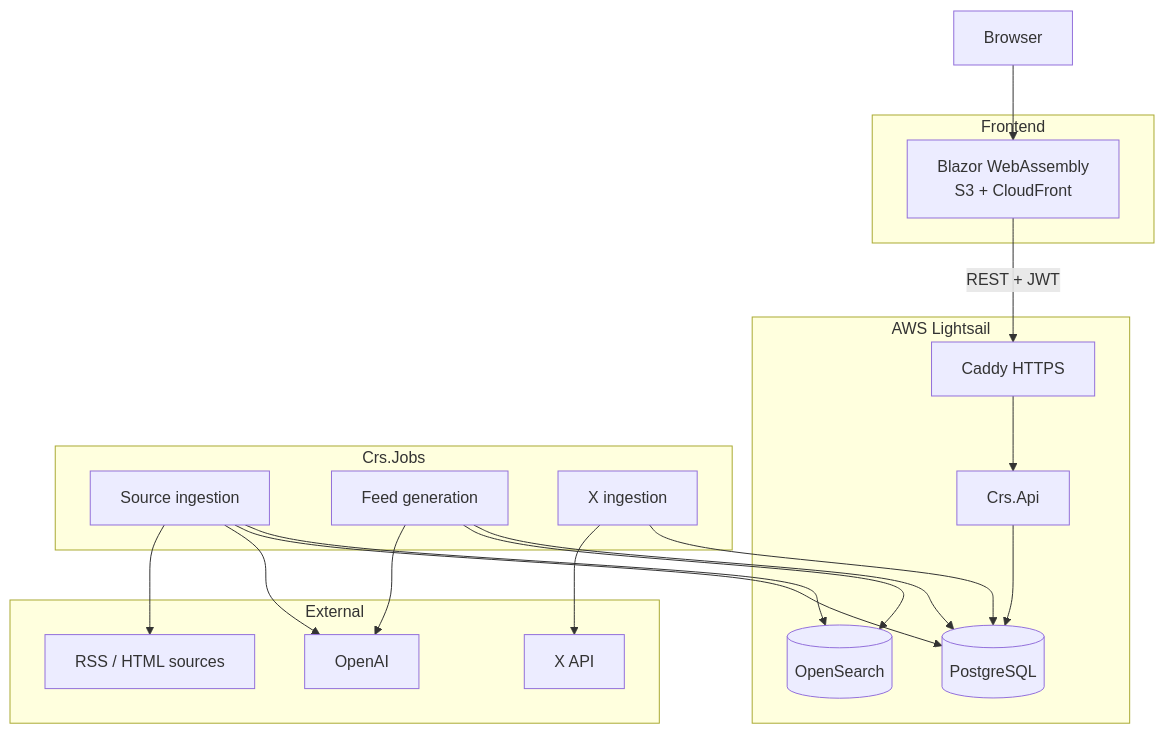
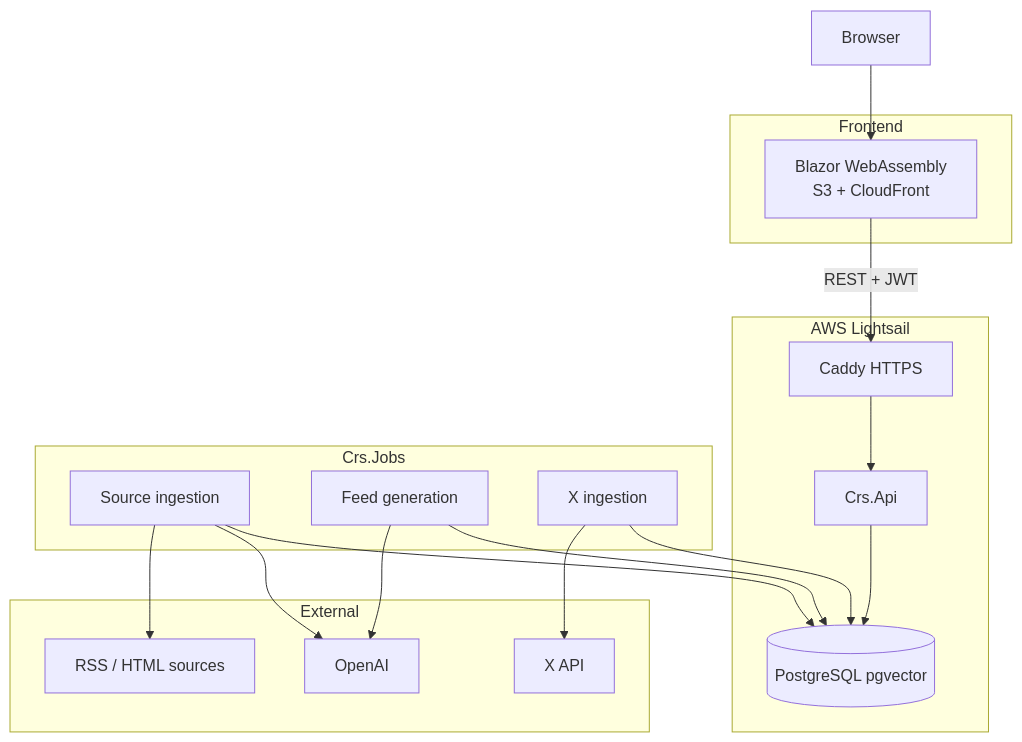
The diagram in README.md (PayaamEmami/content-recommendation-system), drawn with Mermaid before and after one commit. The commit also changed other lines of this file and 41 other files, not shown here.

First line of the commit message:
refactor: transition from OpenSearch to PostgreSQL pgvector for vector search

````diff
--- a/README.md
+++ b/README.md
@@ -29,44 +29,41 @@
 ```mermaid
 flowchart TB
   browser[Browser]
 
   subgraph frontend [Frontend]
     web["Blazor WebAssembly<br/>S3 + CloudFront"]
   end
 
   subgraph lightsail [AWS Lightsail]
     caddy[Caddy HTTPS]
     api["Crs.Api"]
-    pg[(PostgreSQL)]
-    os[(OpenSearch)]
+    pg[(PostgreSQL pgvector)]
   end
 
   subgraph jobs [Crs.Jobs]
     ingest[Source ingestion]
     feed[Feed generation]
     xjob[X ingestion]
   end
 
   subgraph external [External]
     sources[RSS / HTML sources]
     openai[OpenAI]
     xapi[X API]
   end
 
   browser --> web
   web -->|"REST + JWT"| caddy
   caddy --> api
   api --> pg
 
   ingest --> sources
   ingest --> openai
   ingest --> pg
-  ingest --> os
 
   feed --> openai
-  feed --> os
   feed --> pg
 
   xjob --> xapi
   xjob --> pg
 ```
````
